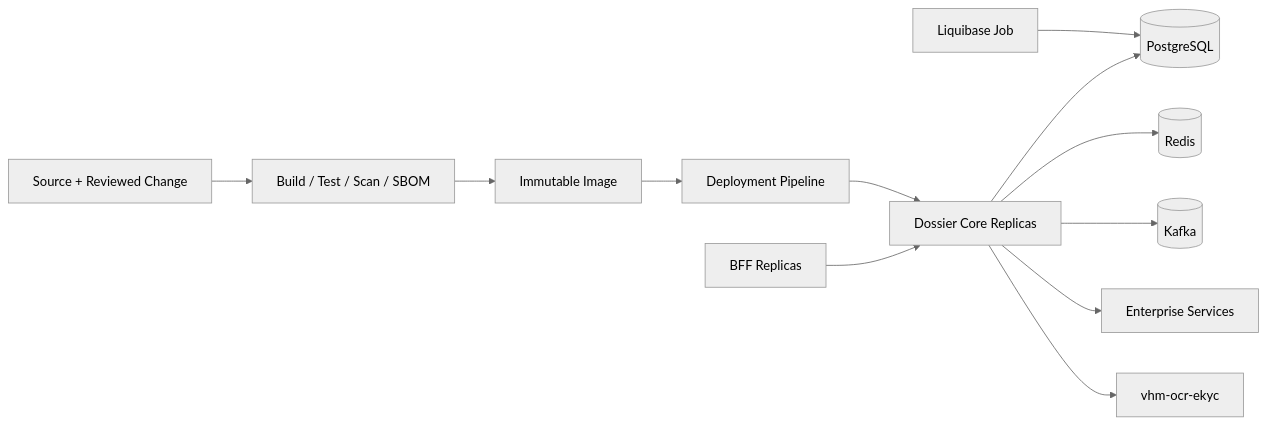
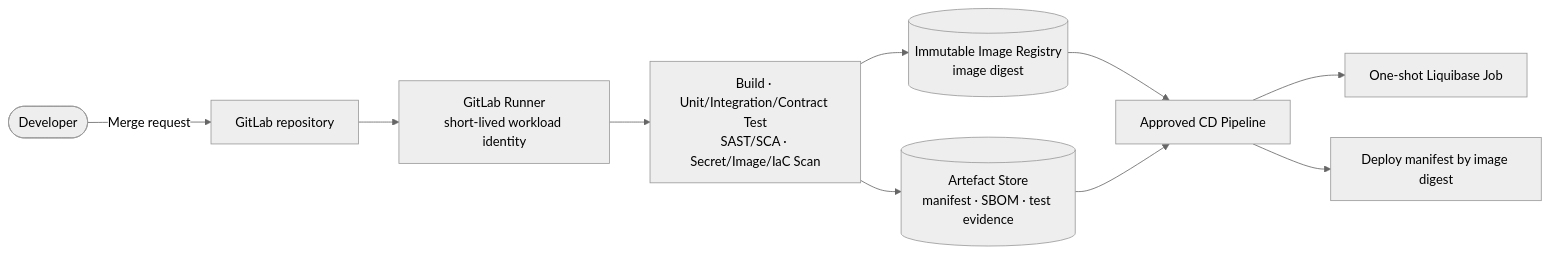
One commit to huynv-xyz/vhm changed diagram 14 of 15 in tdd-dossier.md. Above: the diagram before and after it, drawn with Mermaid (neutral theme). The commit also changed other lines of this file, not shown here.

````diff
--- a/tdd-dossier.md
+++ b/tdd-dossier.md
@@ -826,14 +1149,12 @@
 ```mermaid
 flowchart LR
-    Git[Source + Reviewed Change] --> CI[Build / Test / Scan / SBOM]
-    CI --> Image[Immutable Image]
-    Image --> Deploy[Deployment Pipeline]
-    Migration[Liquibase Job] --> DB[(PostgreSQL)]
-    Deploy --> Core[Dossier Core Replicas]
-    Core --> DB
-    Core --> Redis[(Redis)]
-    Core --> Kafka[(Kafka)]
-    Core --> Ext[Enterprise Services]
-    BFF[BFF Replicas] --> Core
-    Core --> OCR[vhm-ocr-ekyc]
+    Dev([Developer]) -->|Merge request| Git[GitLab repository]
+    Git --> Runner[GitLab Runner<br/>short-lived workload identity]
+    Runner --> Gate[Build · Unit/Integration/Contract Test<br/>SAST/SCA · Secret/Image/IaC Scan]
+    Gate --> Registry[(Immutable Image Registry<br/>image digest)]
+    Gate --> Evidence[(Artefact Store<br/>manifest · SBOM · test evidence)]
+    Registry --> CD[Approved CD Pipeline]
+    Evidence --> CD
+    CD --> Migration[One-shot Liquibase Job]
+    CD --> Deploy[Deploy manifest by image digest]
 ```
````
